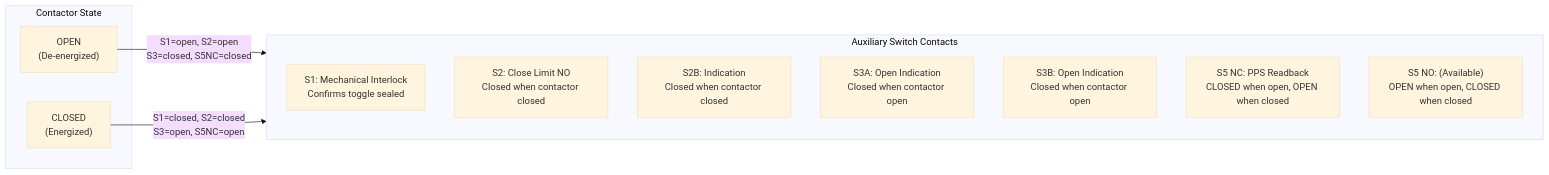
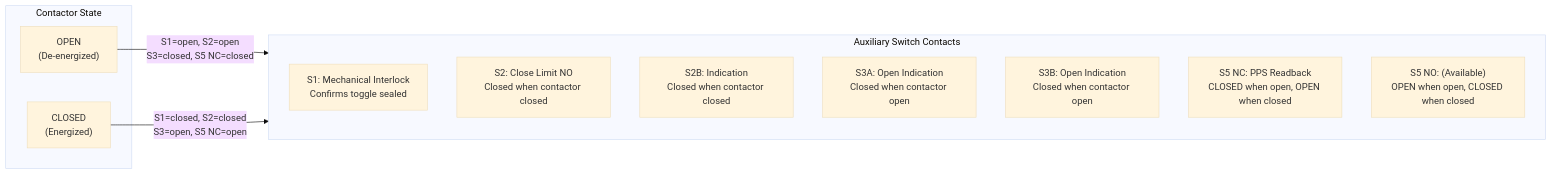
One commit to fayaw/spearlegacyLLRF changed the second of 2 diagrams in pps/diagrams/02_rossEngr713203_vacuum_contactor_driver.md. Above: the diagram before and after it, drawn with Mermaid (base theme). The commit also changed other lines of this file and 141 other files, not shown here.

````diff
--- a/pps/diagrams/02_rossEngr713203_vacuum_contactor_driver.md
+++ b/pps/diagrams/02_rossEngr713203_vacuum_contactor_driver.md
@@ -145,20 +161,20 @@
 ```mermaid
 flowchart LR
     subgraph CONTACTOR_STATE["Contactor State"]
         OPEN["OPEN<br/>(De-energized)"]
         CLOSED["CLOSED<br/>(Energized)"]
     end
 
     subgraph S_CONTACTS["Auxiliary Switch Contacts"]
         S1["S1: Mechanical Interlock<br/>Confirms toggle sealed"]
         S2A["S2: Close Limit NO<br/>Closed when contactor closed"]
         S2B["S2B: Indication<br/>Closed when contactor closed"]
         S3A["S3A: Open Indication<br/>Closed when contactor open"]
         S3B["S3B: Open Indication<br/>Closed when contactor open"]
         S5_NC["S5 NC: PPS Readback<br/>CLOSED when open, OPEN when closed"]
         S5_NO["S5 NO: (Available)<br/>OPEN when open, CLOSED when closed"]
     end
 
-    OPEN -->|"S1=open, S2=open<br/>S3=closed, S5NC=closed"| S_CONTACTS
-    CLOSED -->|"S1=closed, S2=closed<br/>S3=open, S5NC=open"| S_CONTACTS
+    OPEN -->|"S1=open, S2=open<br/>S3=closed, S5 NC=closed"| S_CONTACTS
+    CLOSED -->|"S1=closed, S2=closed<br/>S3=open, S5 NC=open"| S_CONTACTS
 ```
````
